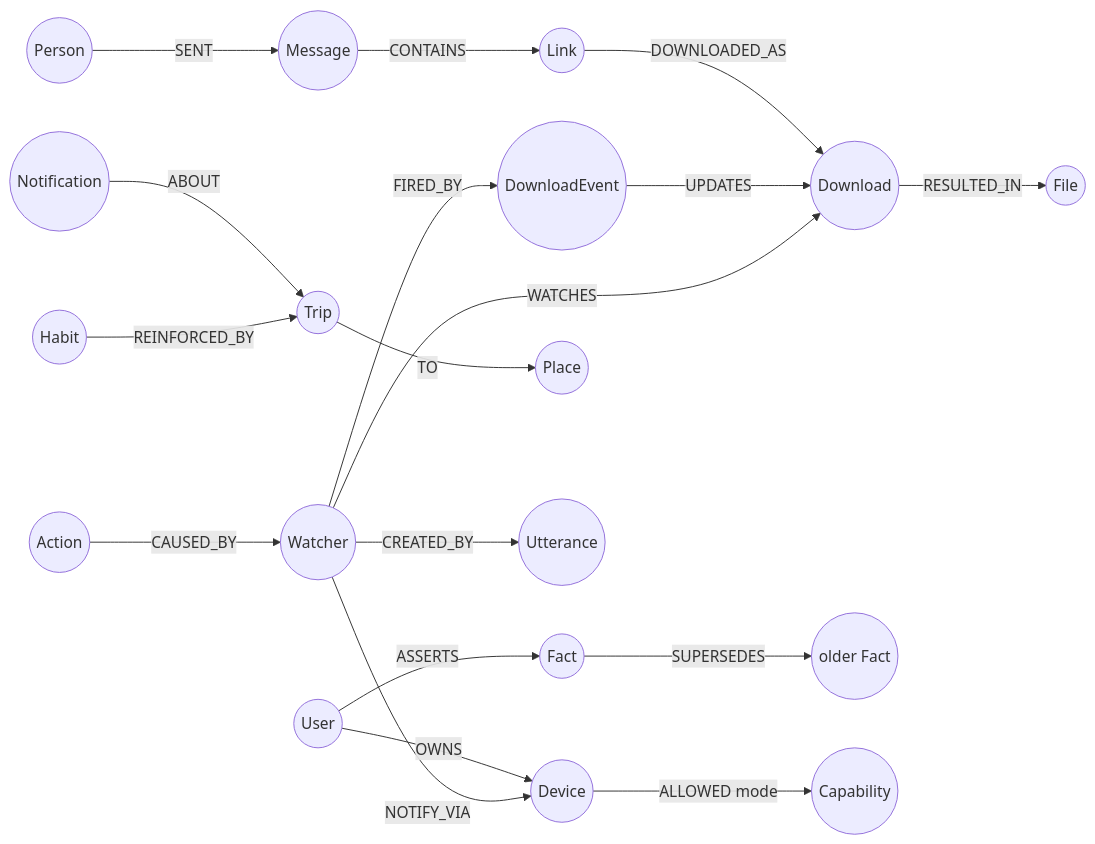
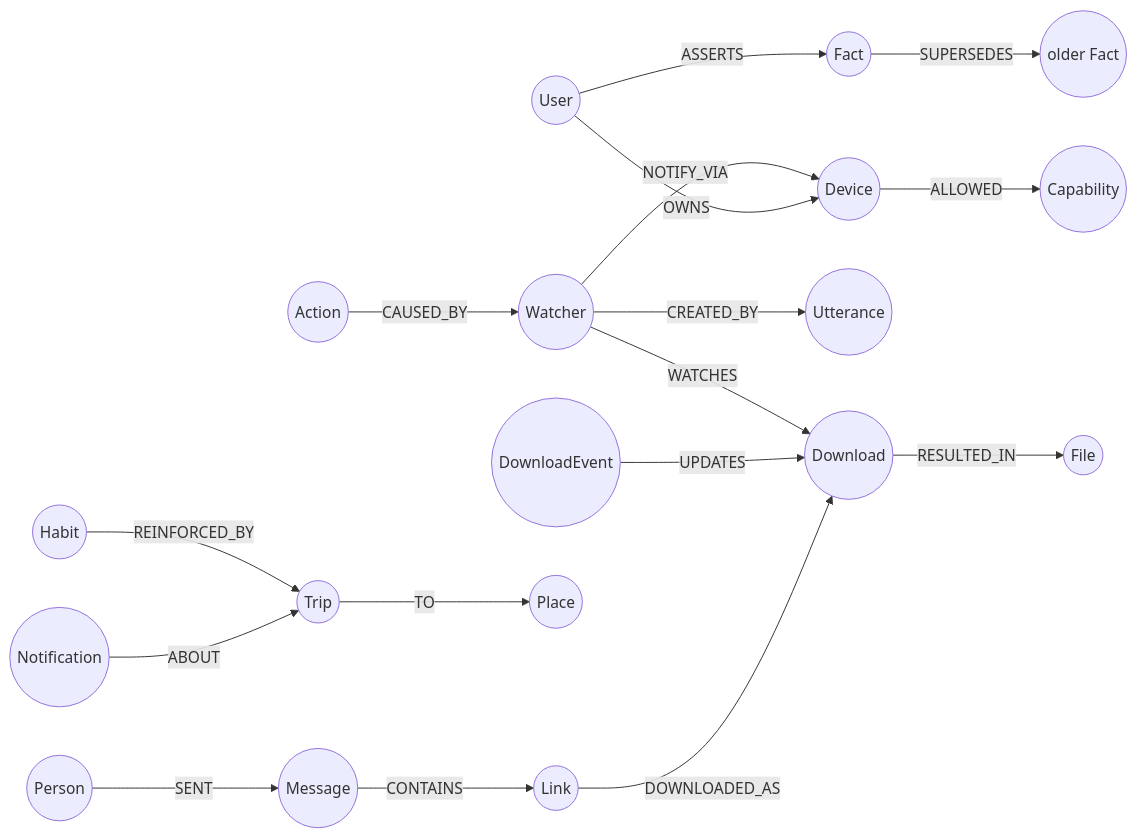
The diagram in README.md (swz905/Callisto), drawn with Mermaid before and after one commit. The commit also changed other lines of this file, not shown here.

````diff
--- a/README.md
+++ b/README.md
@@ -69,15 +61,14 @@
 ```mermaid
 graph LR
   U((User)) -->|OWNS| D((Device))
   P((Person)) -->|SENT| M((Message)) -->|CONTAINS| L((Link)) -->|DOWNLOADED_AS| DL((Download)) -->|RESULTED_IN| F((File))
   DE((DownloadEvent)) -->|UPDATES| DL
   N((Notification)) -->|ABOUT| T((Trip)) -->|TO| PL((Place))
   W((Watcher)) -->|WATCHES| DL
   W -->|NOTIFY_VIA| D
-  W -->|FIRED_BY| DE
   W -->|CREATED_BY| UT((Utterance))
   A((Action)) -->|CAUSED_BY| W
   U -->|ASSERTS| FA((Fact)) -->|SUPERSEDES| FA0((older Fact))
   H((Habit)) -->|REINFORCED_BY| T
-  D -->|ALLOWED mode| C((Capability))
+  D -->|ALLOWED| C((Capability))
 ```
````
